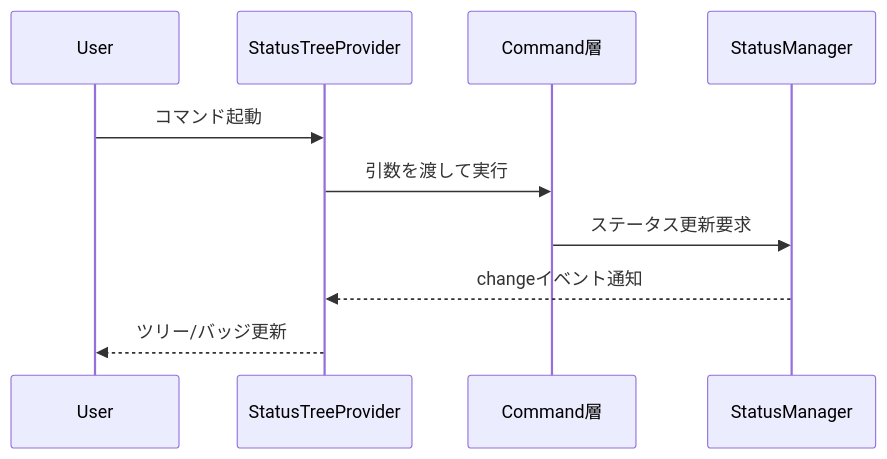
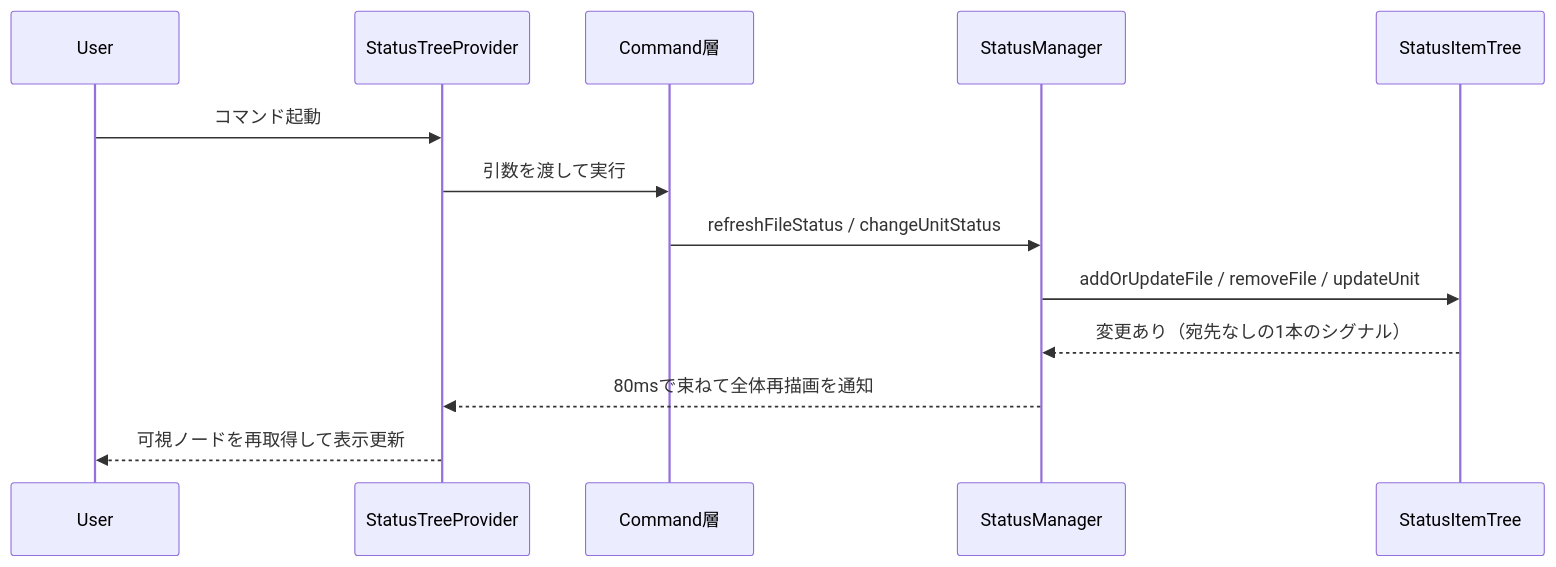
The first of 2 diagrams in docs/design/ui.md (mochimochiki/mdait), drawn with Mermaid before and after one commit. The commit also changed other lines of this file and 21 other files, not shown here.

````diff
--- a/docs/design/ui.md
+++ b/docs/design/ui.md
@@ -194,13 +215,16 @@
 ```mermaid
 sequenceDiagram
 	participant User as User
 	participant UI as StatusTreeProvider
 	participant Cmd as Command層
-	participant Core as StatusManager
+	participant Mgr as StatusManager
+	participant Tree as StatusItemTree
 
 	User->>UI: コマンド起動
 	UI->>Cmd: 引数を渡して実行
-	Cmd->>Core: ステータス更新要求
-	Core-->>UI: changeイベント通知
-	UI-->>User: ツリー/バッジ更新
+	Cmd->>Mgr: refreshFileStatus / changeUnitStatus
+	Mgr->>Tree: addOrUpdateFile / removeFile / updateUnit
+	Tree-->>Mgr: 変更あり（宛先なしの1本のシグナル）
+	Mgr-->>UI: 80msで束ねて全体再描画を通知
+	UI-->>User: 可視ノードを再取得して表示更新
 ```
````
